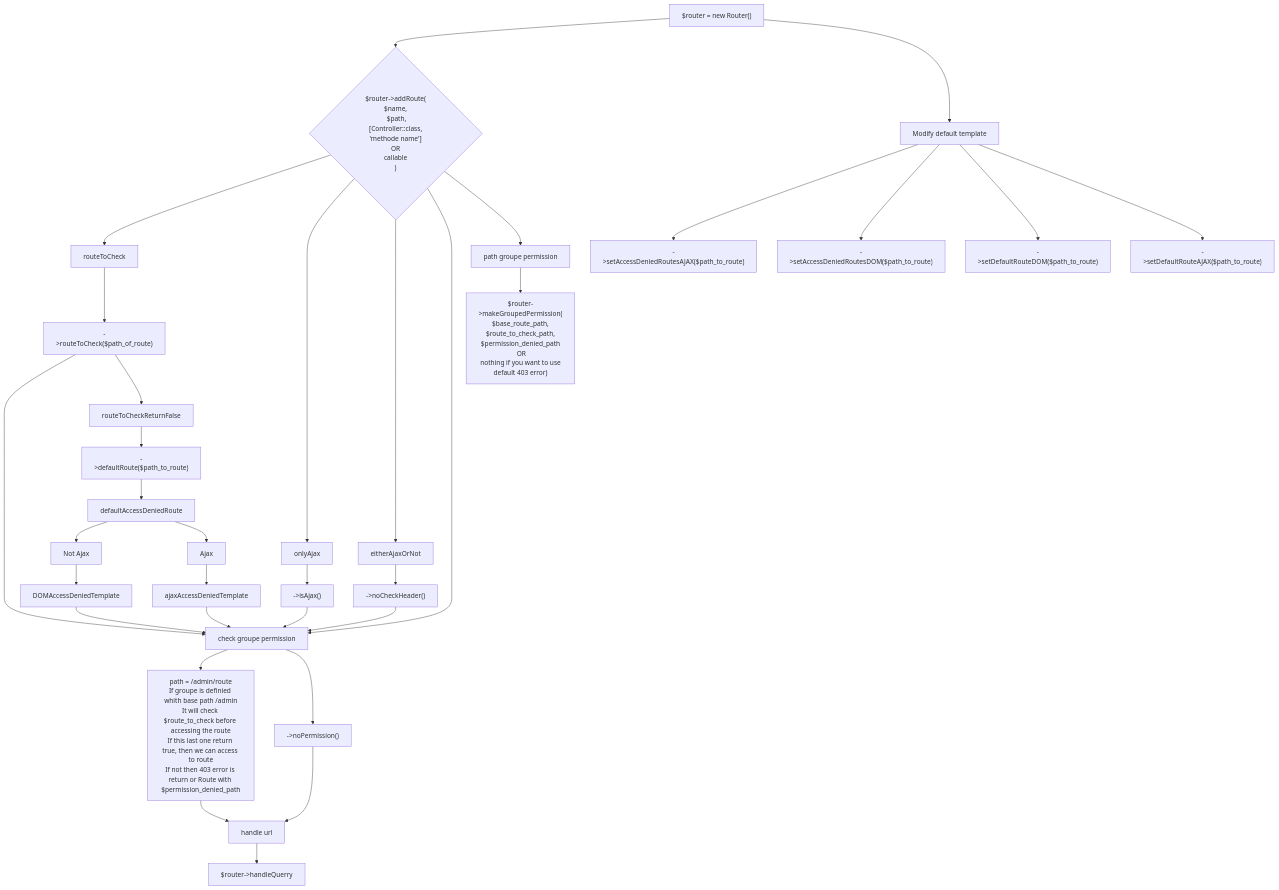
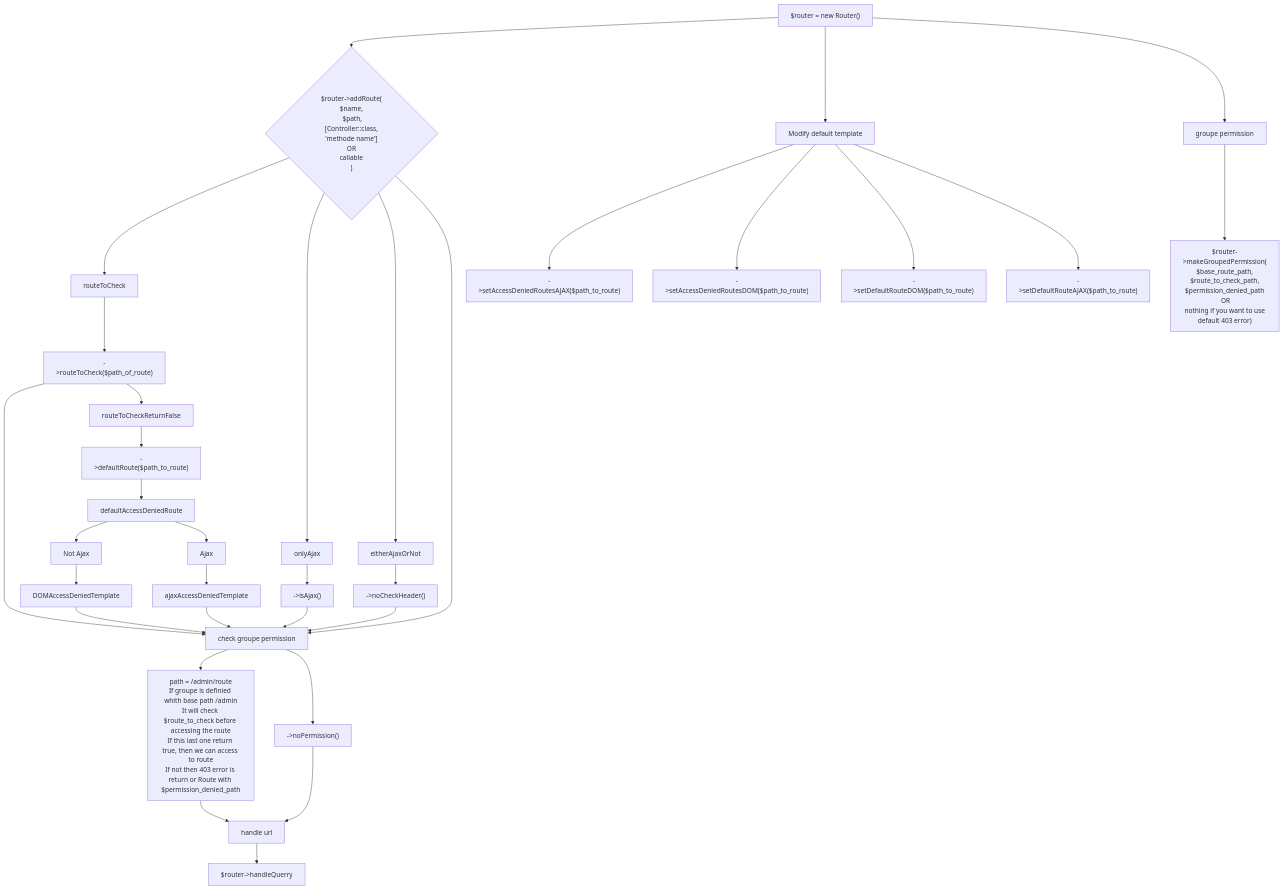
The diagram in README.md (yanntyb-lib/router), drawn with Mermaid before and after one commit.

````diff
--- a/README.md
+++ b/README.md
@@ -49,29 +49,28 @@
 ```mermaid
 graph TD
         A["$router = new Router()"] --> B{"$router->addRoute(<br>$name,<br> $path,<br> [Controller::class, 'methode name']<br>OR<br>callable<br>)"}
         A --> H["Modify default template"] --> I["->setAccessDeniedRoutesAJAX($path_to_route)"]
 
         T["check groupe permission"] --> U["path = /admin/route<br>If groupe is definied whith base path /admin<br>It will check $route_to_check before accessing the route<br>If this last one return true, then we can access to route<br>If not then 403 error is return or Route with $permission_denied_path"] --> V["handle url"] --> G["$router->handleQuerry"]
         T --> W["->noPermission()"] --> V
 
         B --> routeToCheck --> C["->routeToCheck($path_of_route)"] --> T
         B --> onlyAjax --> D["->isAjax()"] --> T
         B --> eitherAjaxOrNot --> E["->noCheckHeader()"] --> T
         B --> T
-        B --> P["path groupe permission"]
         
         C --> routeToCheckReturnFalse --> F["->defaultRoute($path_to_route)"]
         
         F --> M["defaultAccessDeniedRoute"]
         
         M --> R["Not Ajax"] --> DOMAccessDeniedTemplate --> T
         M --> S["Ajax"] --> ajaxAccessDeniedTemplate --> T
         
         H --> J["->setAccessDeniedRoutesDOM($path_to_route)"]
         H --> K["->setDefaultRouteDOM($path_to_route)"]
         H --> L["->setDefaultRouteAJAX($path_to_route)"]
         
        
-        P --> Q["$router->makeGroupedPermission(<br>$base_route_path,<br>$route_to_check_path,<br>$permission_denied_path<br> OR<br> nothing if you want to use default 403 error)"]
+        A --> X["groupe permission"] --> Q["$router->makeGroupedPermission(<br>$base_route_path,<br>$route_to_check_path,<br>$permission_denied_path<br> OR<br> nothing if you want to use default 403 error)"]
 
 ```
````
